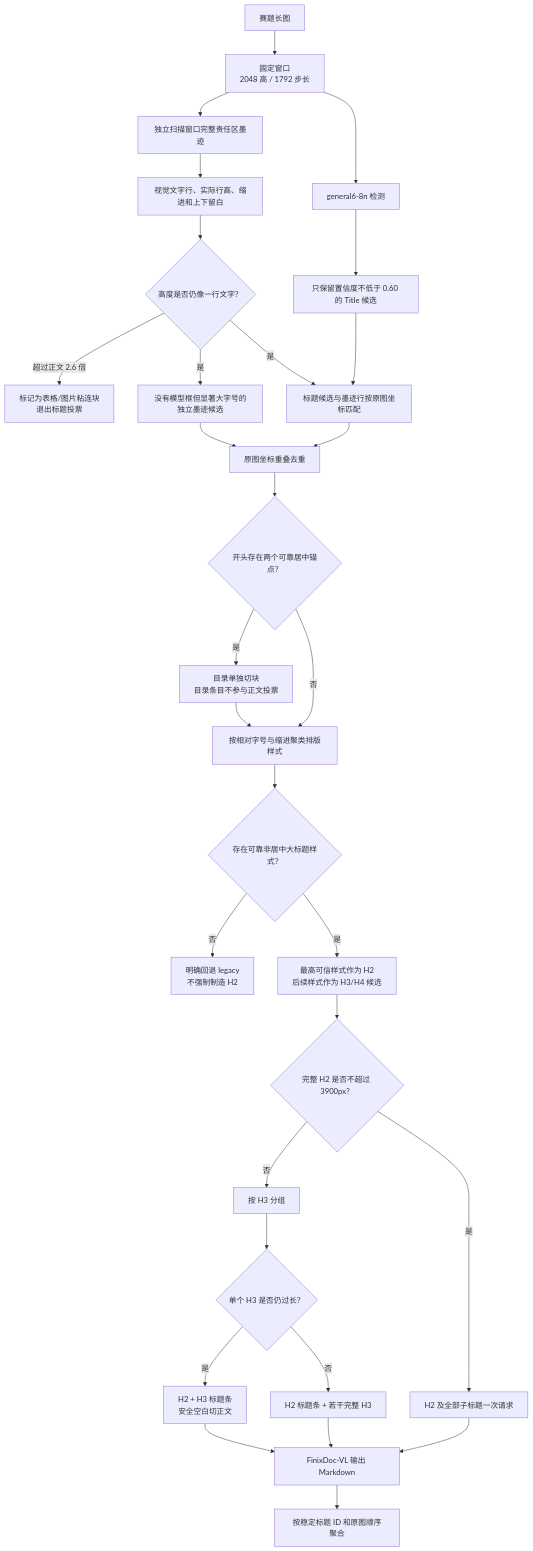
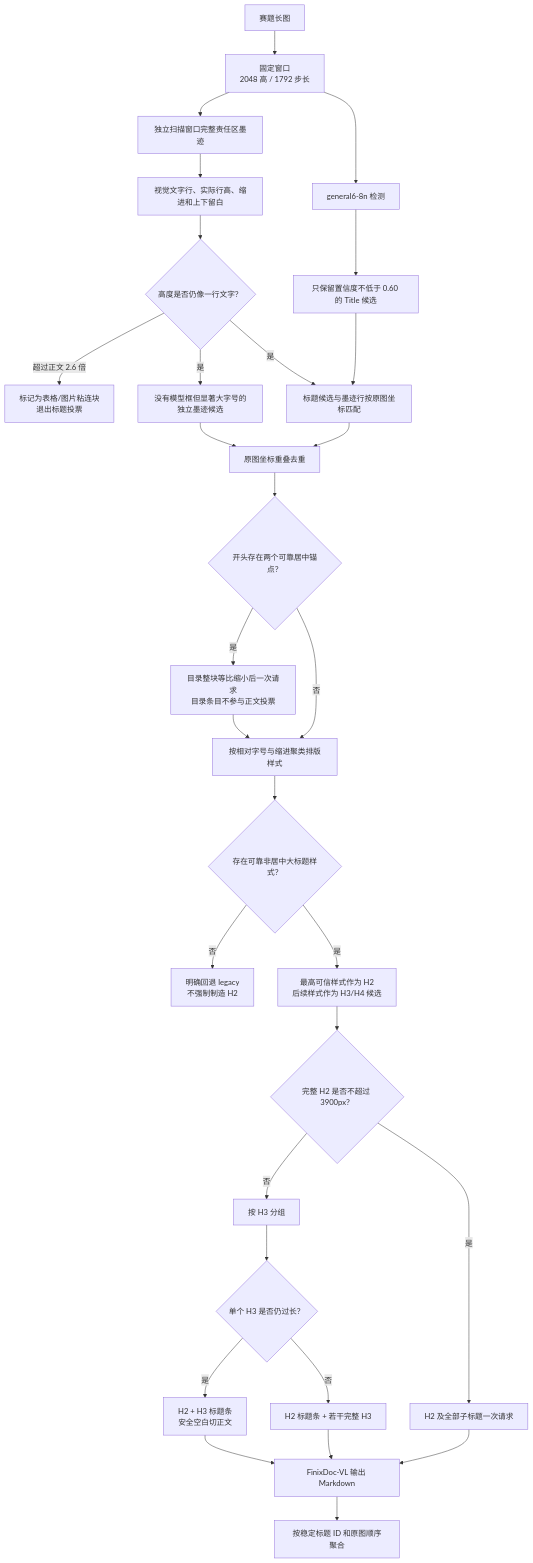
One commit to AAAXXS-0/CAFA6202 changed the diagram in afac_pipeline/long/README.md. Above: the diagram before and after it, drawn with Mermaid. The commit also changed other lines of this file and 3 other files, not shown here.

````diff
--- a/afac_pipeline/long/README.md
+++ b/afac_pipeline/long/README.md
@@ -7,32 +7,32 @@
 ```mermaid
 flowchart TD
     A["赛题长图"] --> B["固定窗口<br/>2048 高 / 1792 步长"]
     B --> C["general6-8n 检测"]
     C --> D["只保留置信度不低于 0.60 的 Title 候选"]
     B --> E["独立扫描窗口完整责任区墨迹"]
     E --> F["视觉文字行、实际行高、缩进和上下留白"]
     F --> F1{"高度是否仍像一行文字？"}
     F1 -- "超过正文 2.6 倍" --> F2["标记为表格/图片粘连块<br/>退出标题投票"]
     D --> G["标题候选与墨迹行按原图坐标匹配"]
     F1 -- "是" --> G
     F1 -- "是" --> H["没有模型框但显著大字号的独立墨迹候选"]
     G --> U["原图坐标重叠去重"]
     H --> U
     U --> V{"开头存在两个可靠居中锚点？"}
-    V -- "是" --> W["目录单独切块<br/>目录条目不参与正文投票"]
+    V -- "是" --> W["目录整块等比缩小后一次请求<br/>目录条目不参与正文投票"]
     V -- "否" --> I["按相对字号与缩进聚类排版样式"]
     W --> I
     I --> J{"存在可靠非居中大标题样式？"}
     J -- "否" --> K["明确回退 legacy<br/>不强制制造 H2"]
     J -- "是" --> L["最高可信样式作为 H2<br/>后续样式作为 H3/H4 候选"]
     L --> M{"完整 H2 是否不超过 3900px？"}
     M -- "是" --> N["H2 及全部子标题一次请求"]
     M -- "否" --> O["按 H3 分组"]
     O --> P{"单个 H3 是否仍过长？"}
     P -- "否" --> Q["H2 标题条 + 若干完整 H3"]
     P -- "是" --> R["H2 + H3 标题条<br/>安全空白切正文"]
     N --> S["FinixDoc-VL 输出 Markdown"]
     Q --> S
     R --> S
     S --> T["按稳定标题 ID 和原图顺序聚合"]
 ```
````
